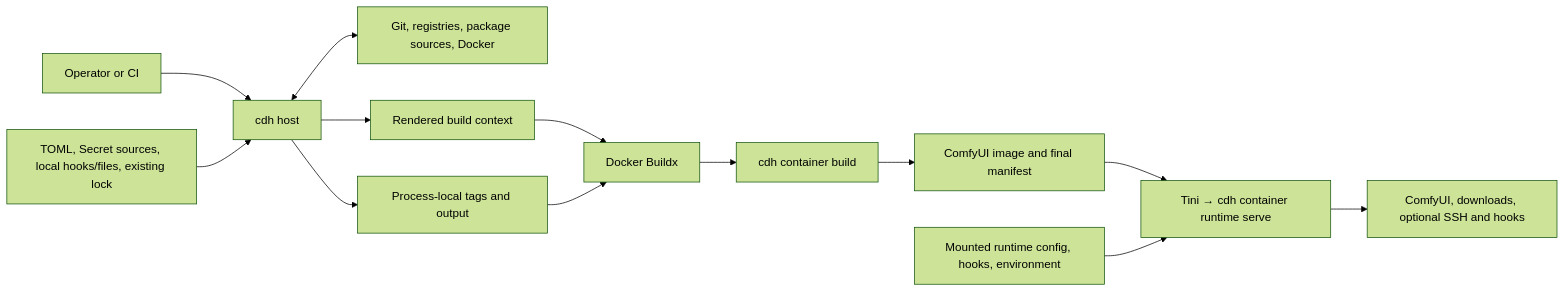
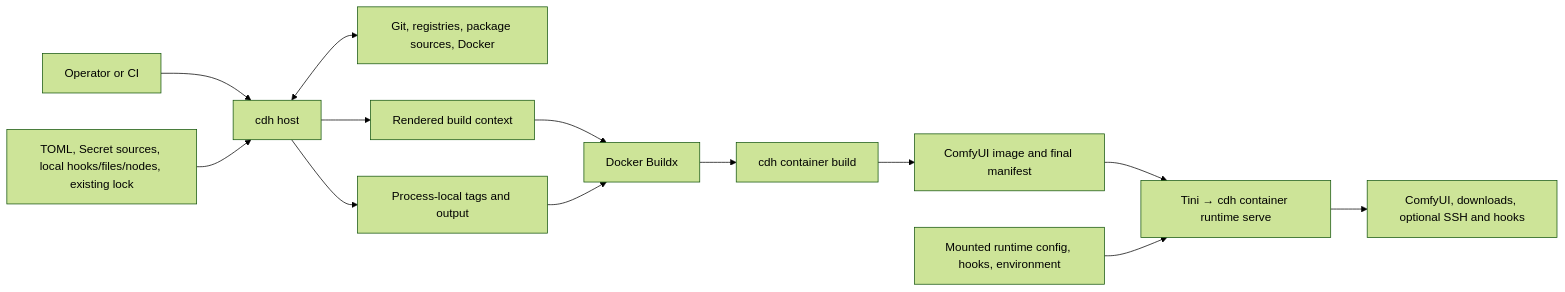
One commit to jimlee2048/comfyui-docker-helper changed the diagram in docs/dev/architecture.md. Above: the diagram before and after it, drawn with Mermaid (forest theme). The commit also changed other lines of this file and 61 other files, not shown here.

````diff
--- a/docs/dev/architecture.md
+++ b/docs/dev/architecture.md
@@ -9,15 +9,15 @@
 ```mermaid
 flowchart LR
     Operator["Operator or CI"] --> Host["cdh host"]
-    Inputs["TOML, Secret sources, local hooks/files, existing lock"] --> Host
+    Inputs["TOML, Secret sources, local hooks/files/nodes, existing lock"] --> Host
     Host <--> Providers["Git, registries, package sources, Docker"]
     Host --> Context["Rendered build context"]
     Host --> Publication["Process-local tags and output"]
     Context --> Buildx["Docker Buildx"]
     Publication --> Buildx
     Buildx --> Helpers["cdh container build"]
     Helpers --> Image["ComfyUI image and final manifest"]
     Image --> Runtime["Tini → cdh container runtime serve"]
     Deployment["Mounted runtime config, hooks, environment"] --> Runtime
     Runtime --> Services["ComfyUI, downloads, optional SSH and hooks"]
 ```
````
